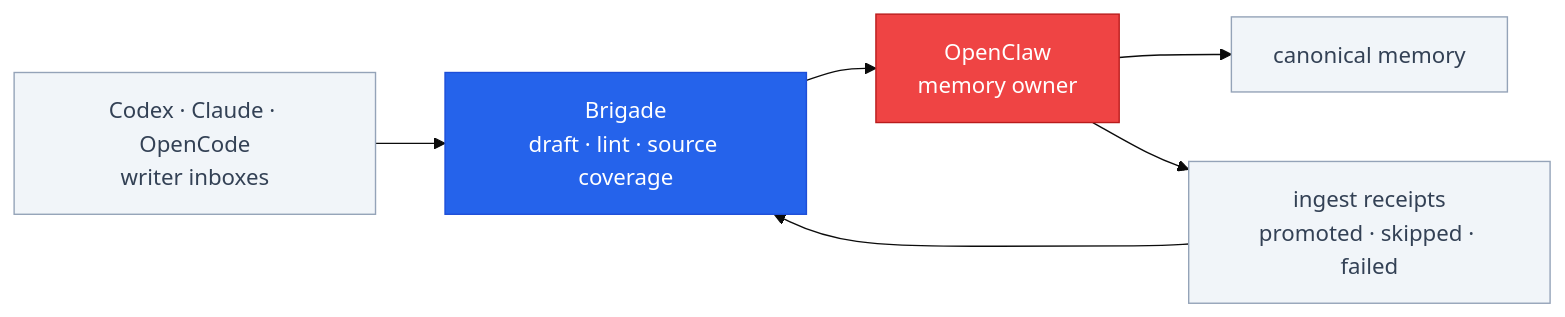
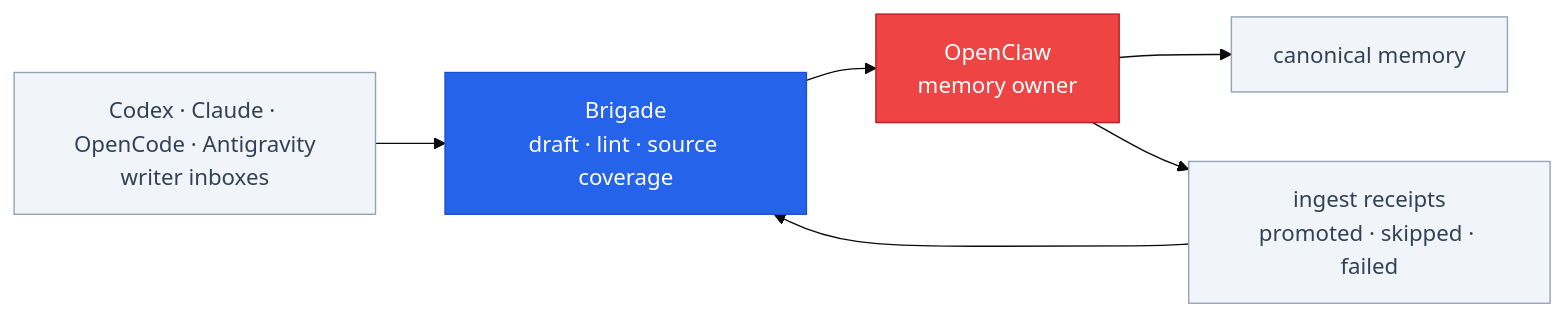
Before and after one commit to escoffier-labs/brigade: diagram 11 of 13 in README.md, drawn with Mermaid (base theme). The commit also changed other lines of this file, not shown here.

````diff
--- a/README.md
+++ b/README.md
@@ -569,18 +573,18 @@
 ```mermaid
 flowchart LR
-    WRITERS["Codex · Claude · OpenCode<br/>writer inboxes"]
+    WRITERS["Codex · Claude · OpenCode · Antigravity<br/>writer inboxes"]
     BRIGADE["Brigade<br/>draft · lint · source coverage"]
     OPENCLAW["OpenClaw<br/>memory owner"]
     MEMORY["canonical memory"]
     RECEIPTS["ingest receipts<br/>promoted · skipped · failed"]
 
     WRITERS --> BRIGADE --> OPENCLAW --> MEMORY
     OPENCLAW --> RECEIPTS --> BRIGADE
 
     classDef brigade fill:#2563eb,stroke:#1d4ed8,color:#fff;
     classDef owner fill:#ef4444,stroke:#b91c1c,color:#fff;
     classDef local fill:#f1f5f9,stroke:#94a3b8,color:#334155;
     class BRIGADE brigade;
     class OPENCLAW owner;
     class WRITERS,MEMORY,RECEIPTS local;
 ```
````
